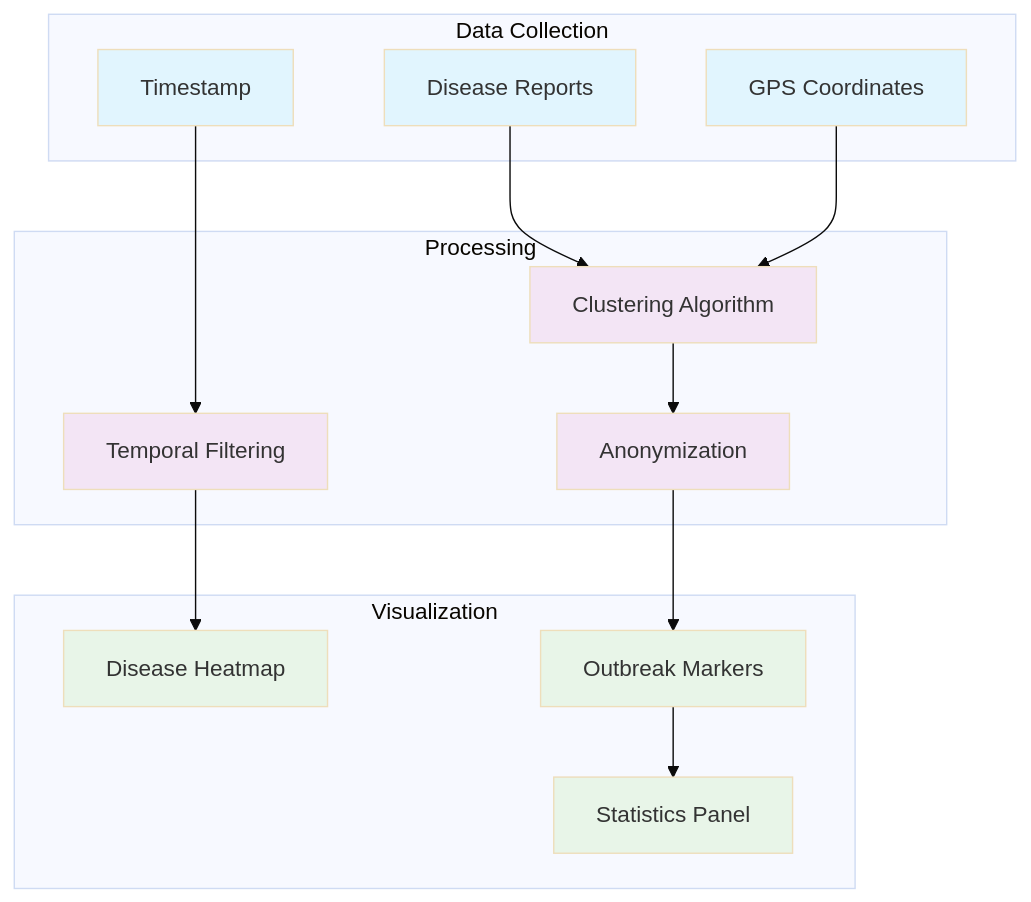
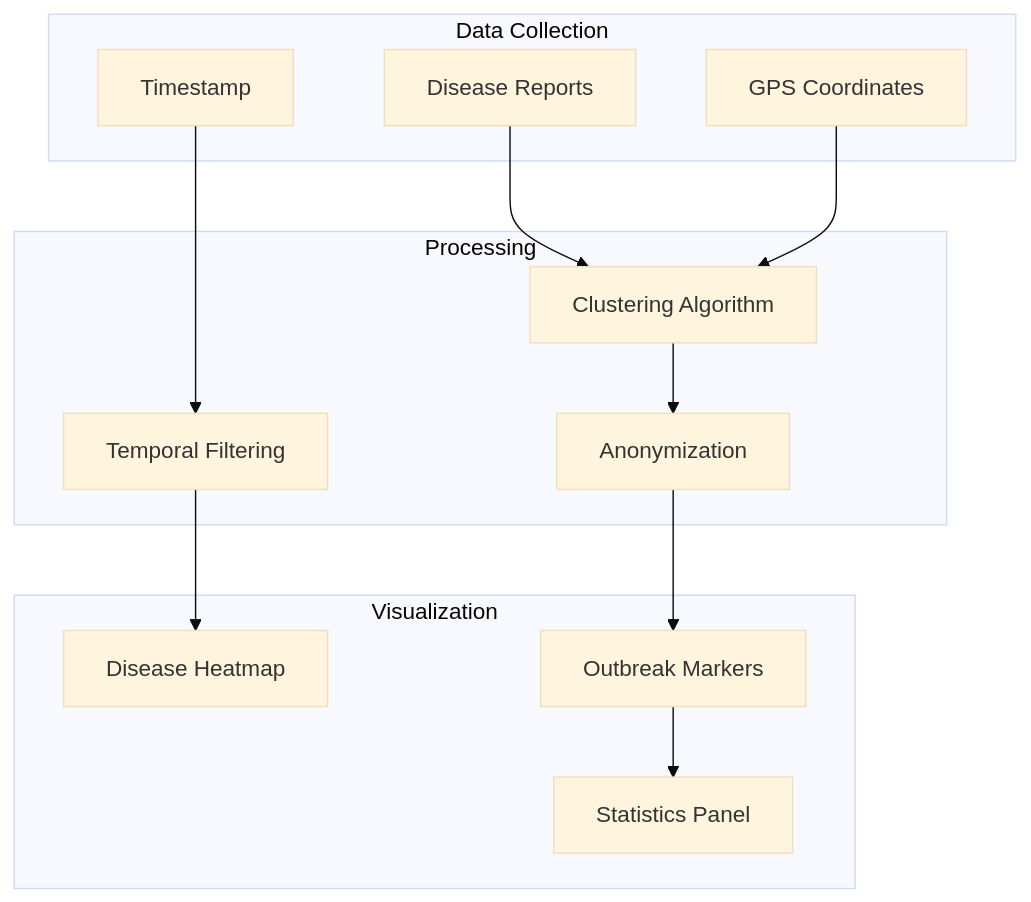
The third of 3 diagrams in README.md (soloeinsteinmit/sonu-ai), drawn with Mermaid (base theme) before and after one commit. The commit also changed other lines of this file and 13 other files, not shown here.

````diff
--- a/README.md
+++ b/README.md
@@ -256,36 +249,32 @@
 ```mermaid
 graph TB
     subgraph "Data Collection"
         REPORT[Disease Reports]
         GPS[GPS Coordinates]
         TIME[Timestamp]
     end
     
     subgraph "Processing"
         CLUSTER[Clustering Algorithm]
         FILTER[Temporal Filtering]
         ANON[Anonymization]
     end
     
     subgraph "Visualization"
         HEATMAP[Disease Heatmap]
         MARKERS[Outbreak Markers]
         STATS[Statistics Panel]
     end
     
     REPORT --> CLUSTER
     GPS --> CLUSTER
     TIME --> FILTER
     CLUSTER --> ANON
     FILTER --> HEATMAP
     ANON --> MARKERS
     MARKERS --> STATS
     
-    classDef collect fill:#e1f5fe
-    classDef process fill:#f3e5f5
-    classDef visual fill:#e8f5e8
-    
     class REPORT,GPS,TIME collect
     class CLUSTER,FILTER,ANON process
     class HEATMAP,MARKERS,STATS visual
 ```
````
